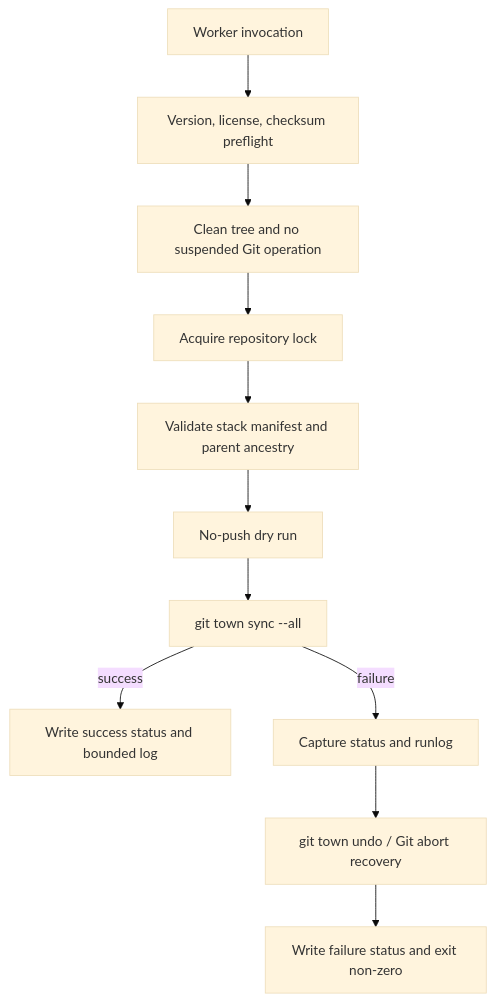
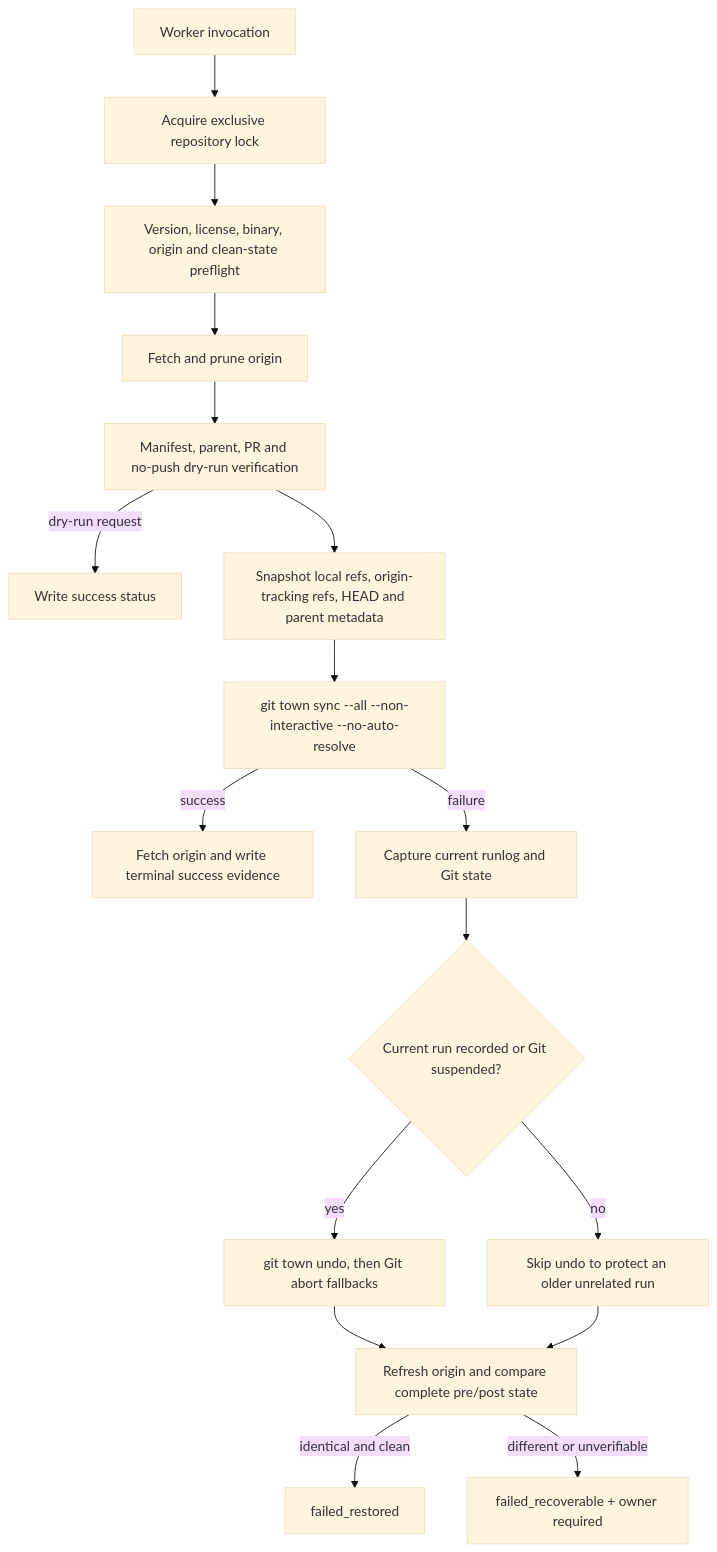
Before and after one commit to ed3c/XT-Aegis: the second of 2 diagrams in docs/STACKED_PRS.md, drawn with Mermaid (base theme). The commit also changed other lines of this file, not shown here.

Commit message:
fix: harden unattended Git Town recovery

````diff
--- a/docs/STACKED_PRS.md
+++ b/docs/STACKED_PRS.md
@@ -68,13 +87,19 @@
 ```mermaid
 flowchart TD
-    A[Worker invocation] --> P[Version, license, checksum preflight]
-    P --> C[Clean tree and no suspended Git operation]
-    C --> L[Acquire repository lock]
-    L --> V[Validate stack manifest and parent ancestry]
-    V --> D[No-push dry run]
-    D --> S[git town sync --all]
-    S -->|success| E[Write success status and bounded log]
-    S -->|failure| R[Capture status and runlog]
-    R --> U[git town undo / Git abort recovery]
-    U --> F[Write failure status and exit non-zero]
+    A[Worker invocation] --> L[Acquire exclusive repository lock]
+    L --> P[Version, license, binary, origin and clean-state preflight]
+    P --> F[Fetch and prune origin]
+    F --> V[Manifest, parent, PR and no-push dry-run verification]
+    V -->|dry-run request| DS[Write success status]
+    V --> S[Snapshot local refs, origin-tracking refs, HEAD and parent metadata]
+    S --> M[git town sync --all --non-interactive --no-auto-resolve]
+    M -->|success| PF[Fetch origin and write terminal success evidence]
+    M -->|failure| R[Capture current runlog and Git state]
+    R --> U{Current run recorded or Git suspended?}
+    U -->|yes| UN[git town undo, then Git abort fallbacks]
+    U -->|no| SK[Skip undo to protect an older unrelated run]
+    UN --> C[Refresh origin and compare complete pre/post state]
+    SK --> C
+    C -->|identical and clean| FR[failed_restored]
+    C -->|different or unverifiable| FM[failed_recoverable + owner required]
 ```
````
